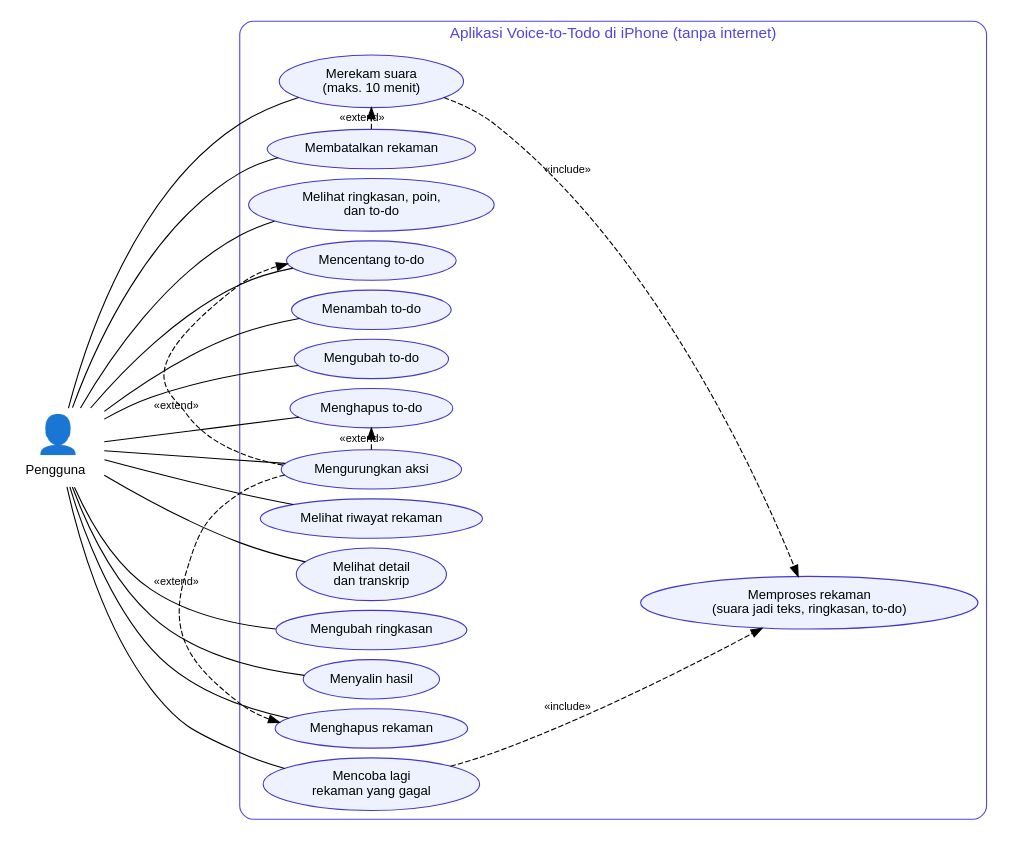
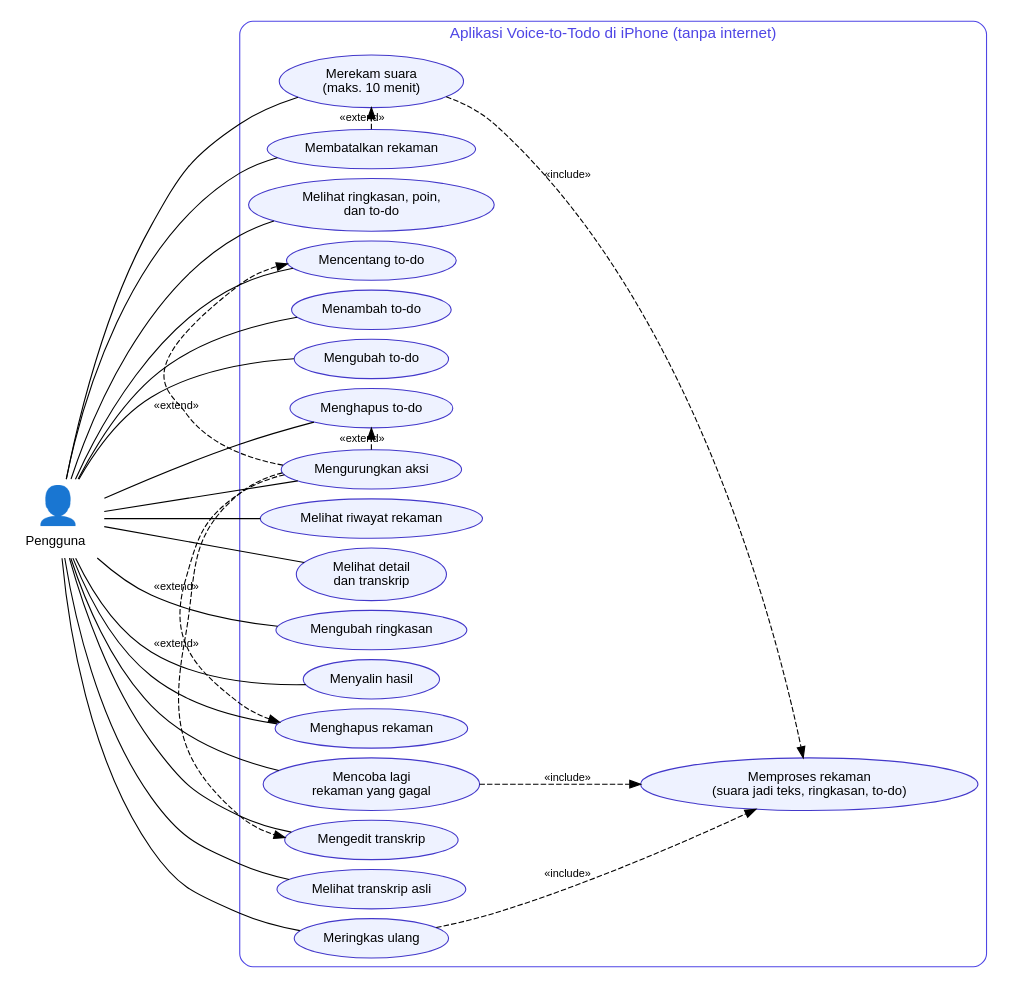
One commit to ZackyMaulana912/VoiceToDo changed the diagram in docs/diagram/1-use-case.dot. Above: the diagram before and after it, drawn with Graphviz. The commit also changed 1 other file, not shown here.

Commit message:
Tambah use case edit transkrip, lihat transkrip asli, dan ringkas ulang

```diff
--- a/docs/diagram/1-use-case.dot
+++ b/docs/diagram/1-use-case.dot
@@ -1,32 +1,37 @@
-// Gambar 1. Use Case Diagram Voice-to-Todo (digambar dari kode ios/ per 2026-11-12)
+// Gambar 1. Use Case Diagram Voice-to-Todo (digambar dari kode ios/ per 2026-11-12, diperbarui 2026-11-16)
 digraph usecase {
   rankdir=LR; nodesep=0.12; ranksep=1.2; fontname="Helvetica"; node [fontname="Helvetica", fontsize=12]; edge [fontname="Helvetica", fontsize=10];
   pengguna [ordering=out, shape=none, label=<<table border="0" cellborder="0"><tr><td><font point-size="34">&#x1F464;</font></td></tr><tr><td>Pengguna</td></tr></table>>];
   subgraph cluster_app {
     label="Aplikasi Voice-to-Todo di iPhone (tanpa internet)"; style=rounded; color="#4f46e5"; fontcolor="#4f46e5";
     node [shape=ellipse, style=filled, fillcolor="#eef2ff", color="#4338ca"];
     rekam [label="Merekam suara\n(maks. 10 menit)"];
     batal [label="Membatalkan rekaman"];
     proses [label="Memproses rekaman\n(suara jadi teks, ringkasan, to-do)"];
     hasil [label="Melihat ringkasan, poin,\ndan to-do"];
     centang [label="Mencentang to-do"];
     tambah [label="Menambah to-do"];
     ubah [label="Mengubah to-do"];
     hapus [label="Menghapus to-do"];
     urung [label="Mengurungkan aksi"];
     riwayat [label="Melihat riwayat rekaman"];
     detail [label="Melihat detail\ndan transkrip"];
     ringkas [label="Mengubah ringkasan"];
     salin [label="Menyalin hasil"];
     hapusrek [label="Menghapus rekaman"];
     coba [label="Mencoba lagi\nrekaman yang gagal"];
+    edittr [label="Mengedit transkrip"];
+    asli [label="Melihat transkrip asli"];
+    ulang [label="Meringkas ulang"];
   }
   // Satu kolom kasus penggunaan, urut seperti alur pemakaian; "Memproses rekaman" di kolom kanan.
-  pengguna -> {rekam batal hasil centang tambah ubah hapus urung riwayat detail ringkas salin hapusrek coba} [arrowhead=none];
+  pengguna -> {rekam batal hasil centang tambah ubah hapus urung riwayat detail edittr asli ulang ringkas salin hapusrek coba} [arrowhead=none];
   rekam -> proses [style=dashed, label="«include»"];
   coba -> proses [style=dashed, label="«include»"];
+  ulang -> proses [style=dashed, label="«include»"];
   batal -> rekam [style=dashed, label="«extend»", constraint=false];
   urung -> centang [style=dashed, label="«extend»", constraint=false];
   urung -> hapus [style=dashed, label="«extend»", constraint=false];
   urung -> hapusrek [style=dashed, label="«extend»", constraint=false];
+  urung -> edittr [style=dashed, label="«extend»", constraint=false];
 }
```
